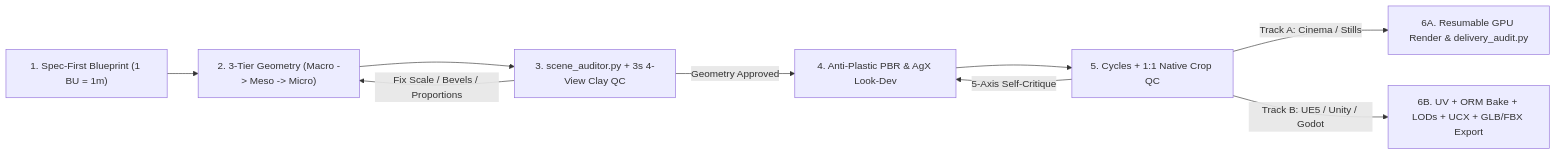
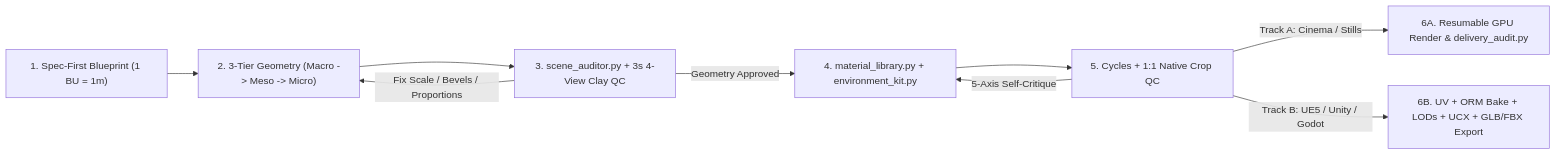
One commit to Jowitt13/blender-programmatic-cinema changed the diagram in README.md. Above: the diagram before and after it, drawn with Mermaid. The commit also changed other lines of this file and 15 other files, not shown here.

Commit message:
feat(v2.1.0): add physical material library, weather/terrain environment kit, AI mesh cleaner, game hero prop example, CI & Claude plugin

````diff
--- a/README.md
+++ b/README.md
@@ -21,11 +28,11 @@
 ```mermaid
 flowchart LR
     A["1. Spec-First Blueprint (1 BU = 1m)"] --> B["2. 3-Tier Geometry (Macro -> Meso -> Micro)"]
     B --> C["3. scene_auditor.py + 3s 4-View Clay QC"]
     C -->|Fix Scale / Bevels / Proportions| B
-    C -->|Geometry Approved| D["4. Anti-Plastic PBR & AgX Look-Dev"]
+    C -->|Geometry Approved| D["4. material_library.py + environment_kit.py"]
     D --> E["5. Cycles + 1:1 Native Crop QC"]
     E -->|5-Axis Self-Critique| D
     E -->|Track A: Cinema / Stills| F["6A. Resumable GPU Render & delivery_audit.py"]
     E -->|Track B: UE5 / Unity / Godot| G["6B. UV + ORM Bake + LODs + UCX + GLB/FBX Export"]
 ```
````
